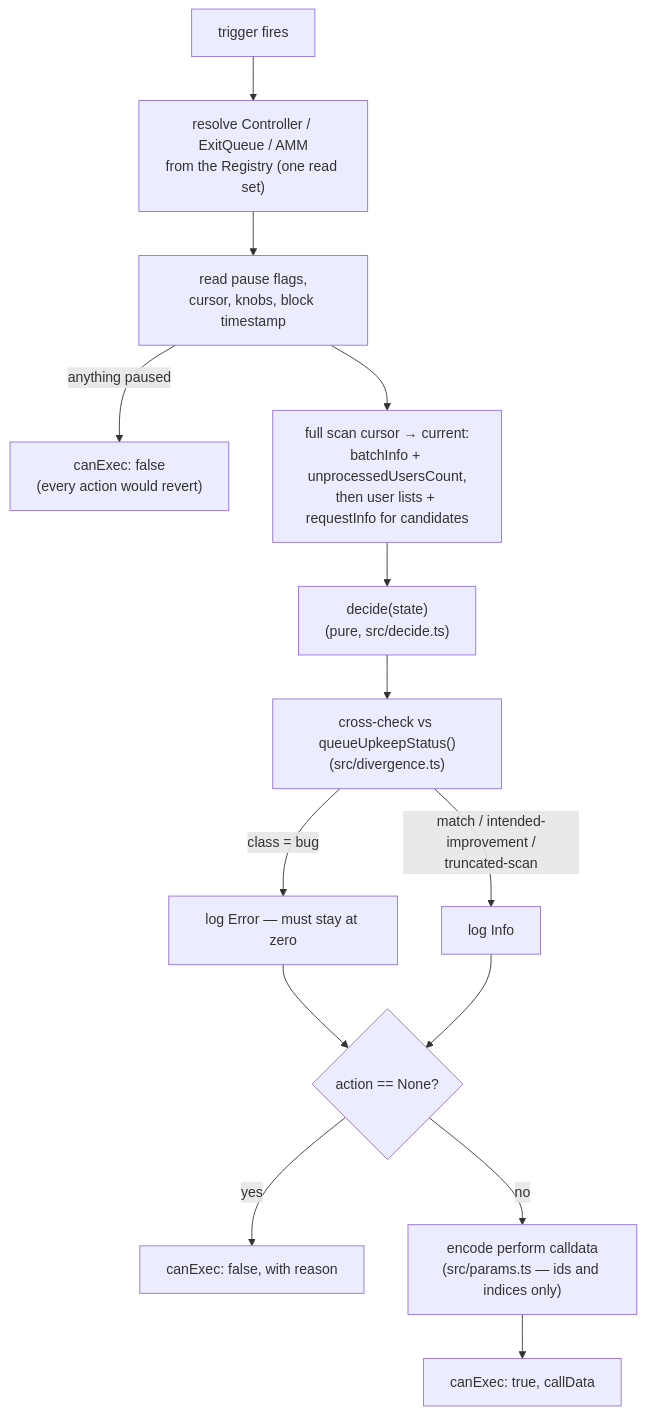
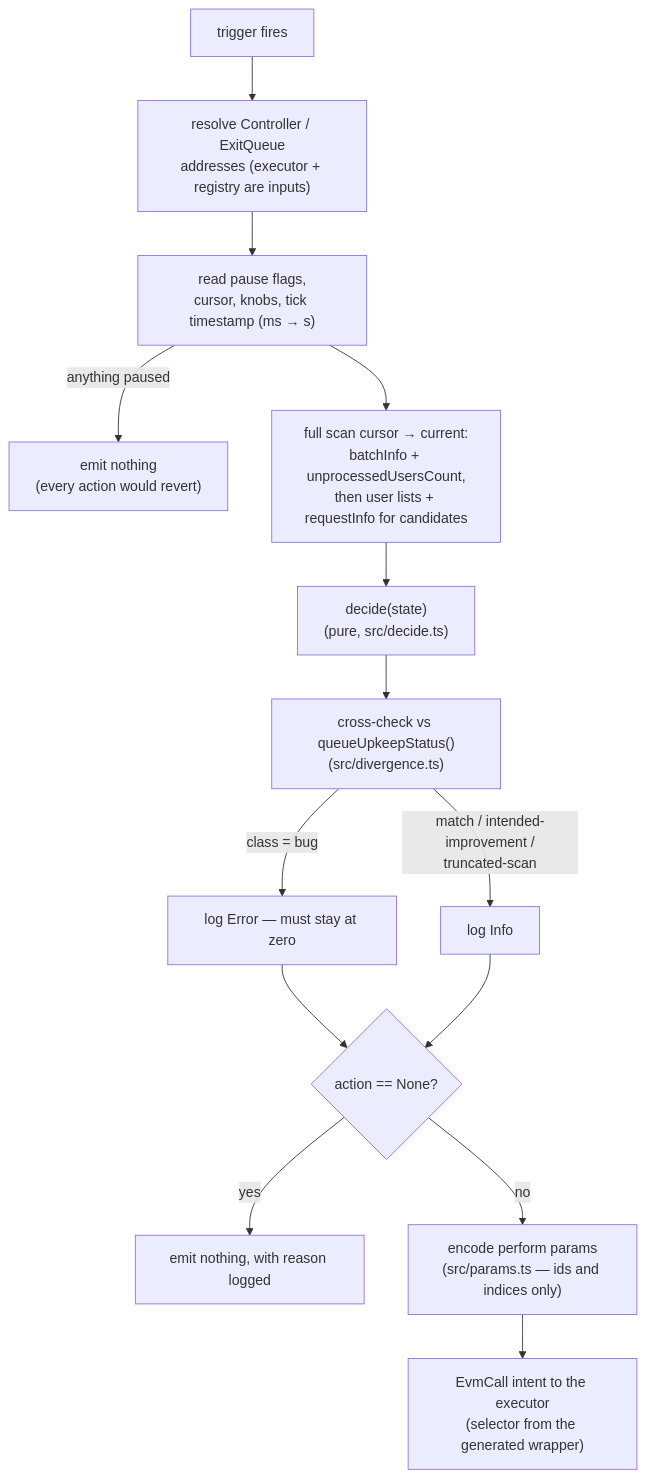
The second of 2 diagrams in blueprints/01-system-overview.md (everstrat-xyz/keepers), drawn with Mermaid before and after one commit. The commit also changed other lines of this file and 82 other files, not shown here.

````diff
--- a/blueprints/01-system-overview.md
+++ b/blueprints/01-system-overview.md
@@ -85,16 +92,16 @@
 ```mermaid
 flowchart TB
-    T["trigger fires"] --> R["resolve Controller / ExitQueue / AMM<br/>from the Registry (one read set)"]
-    R --> P["read pause flags,<br/>cursor, knobs, block timestamp"]
-    P -- "anything paused" --> NONE1["canExec: false<br/>(every action would revert)"]
+    T["trigger fires"] --> R["resolve Controller / ExitQueue<br/>addresses (executor + registry are inputs)"]
+    R --> P["read pause flags,<br/>cursor, knobs, tick timestamp (ms → s)"]
+    P -- "anything paused" --> NONE1["emit nothing<br/>(every action would revert)"]
     P --> S["full scan cursor → current:<br/>batchInfo + unprocessedUsersCount,<br/>then user lists + requestInfo for candidates"]
     S --> D["decide(state)<br/>(pure, src/decide.ts)"]
     D --> X["cross-check vs queueUpkeepStatus()<br/>(src/divergence.ts)"]
     X -- "class = bug" --> EL["log Error — must stay at zero"]
     X -- "match / intended-improvement /<br/>truncated-scan" --> IL["log Info"]
     EL --> NA{"action == None?"}
     IL --> NA
-    NA -- "yes" --> NONE2["canExec: false, with reason"]
-    NA -- "no" --> E["encode perform calldata<br/>(src/params.ts — ids and indices only)"]
-    E --> OUT["canExec: true, callData"]
+    NA -- "yes" --> NONE2["emit nothing, with reason logged"]
+    NA -- "no" --> E["encode perform params<br/>(src/params.ts — ids and indices only)"]
+    E --> OUT["EvmCall intent to the executor<br/>(selector from the generated wrapper)"]
 ```
````
